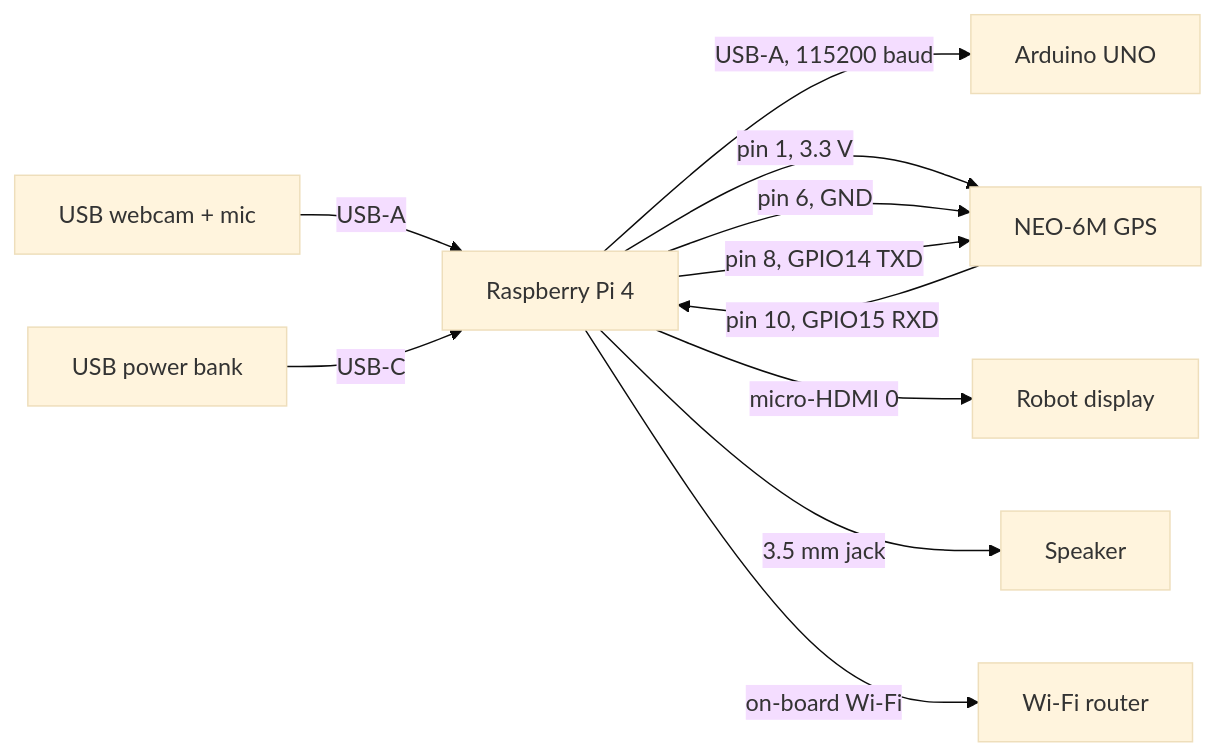
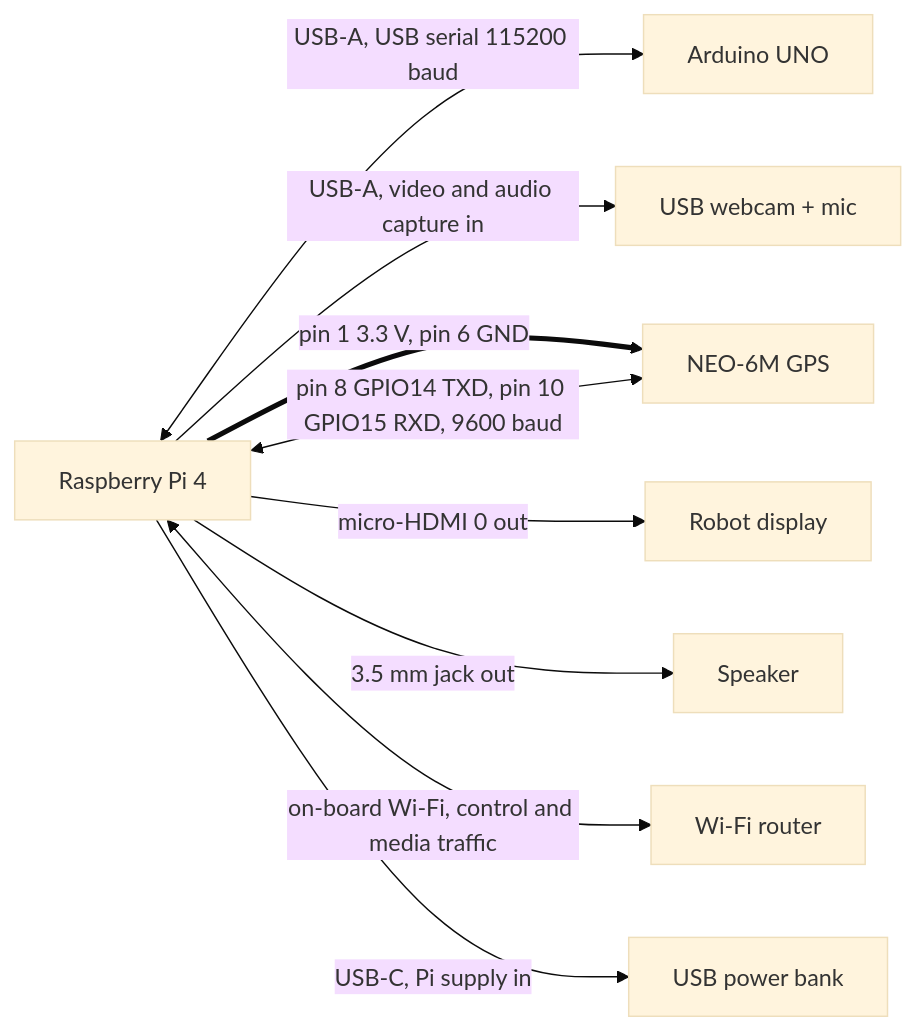
The sixth of 21 diagrams in research paper/section3_methodology.md (baiust999/robort-code-from-pi), drawn with Mermaid (base theme) before and after one commit. The commit also changed other lines of this file and 2 other files, not shown here.

````diff
--- a/research paper/section3_methodology.md
+++ b/research paper/section3_methodology.md
@@ -290,14 +295,20 @@
 ```mermaid
 flowchart LR
   PI["Raspberry Pi 4"]
-  PI -- "USB-A, 115200 baud" --> UNO["Arduino UNO"]
-  CAM["USB webcam + mic"] -- "USB-A" --> PI
-  PI -- "pin 1, 3.3 V" --> GPS["NEO-6M GPS"]
-  PI -- "pin 6, GND" --> GPS
-  PI -- "pin 8, GPIO14 TXD" --> GPS
-  GPS -- "pin 10, GPIO15 RXD" --> PI
-  PI -- "micro-HDMI 0" --> LCD["Robot display"]
-  PI -- "3.5 mm jack" --> SPK["Speaker"]
-  PWR["USB power bank"] -- "USB-C" --> PI
-  PI -- "on-board Wi-Fi" --> RT["Wi-Fi router"]
+  UNO["Arduino UNO"]
+  CAM["USB webcam + mic"]
+  GPS["NEO-6M GPS"]
+  LCD["Robot display"]
+  SPK["Speaker"]
+  RT["Wi-Fi router"]
+  PWR["USB power bank"]
+
+  PI <-- "USB-A, USB serial 115200 baud" --> UNO
+  PI -- "USB-A, video and audio capture in" --> CAM
+  PI == "pin 1 3.3 V, pin 6 GND" ==> GPS
+  PI <-- "pin 8 GPIO14 TXD, pin 10 GPIO15 RXD, 9600 baud" --> GPS
+  PI -- "micro-HDMI 0 out" --> LCD
+  PI -- "3.5 mm jack out" --> SPK
+  PI <-- "on-board Wi-Fi, control and media traffic" --> RT
+  PI -- "USB-C, Pi supply in" --> PWR
 ```
````
